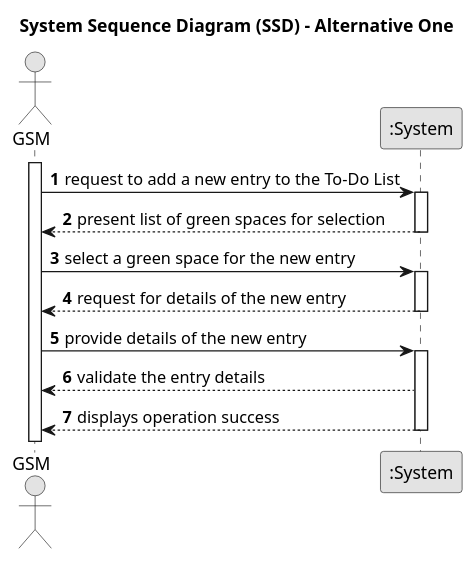
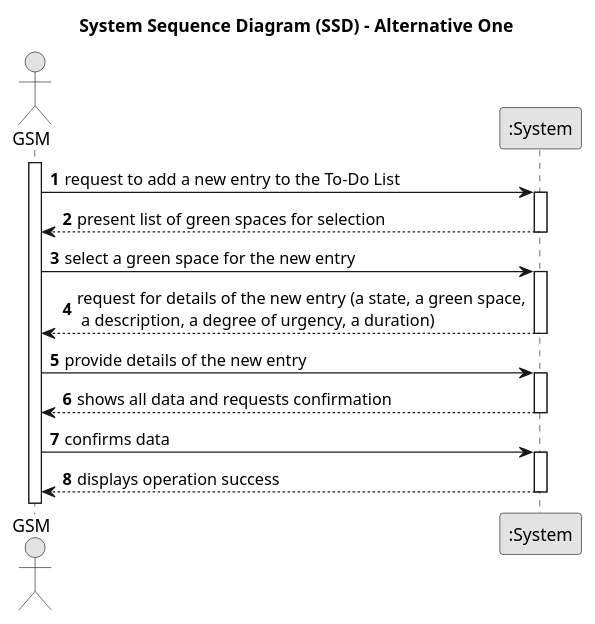
The diagram in docs/sprintC/us021/01.requirements-engineering/puml/us021-sequence_diagram.puml (rpedros02/lei-24-s2-1DL-g08), drawn with PlantUML before and after one commit. The commit also changed 2 other files, not shown here.

```diff
--- a/docs/sprintC/us021/01.requirements-engineering/puml/us021-sequence_diagram.puml
+++ b/docs/sprintC/us021/01.requirements-engineering/puml/us021-sequence_diagram.puml
@@ -1,35 +1,39 @@
 @startuml
 skinparam monochrome true
 skinparam packageStyle rectangle
 skinparam shadowing false
 
 title System Sequence Diagram (SSD) - Alternative One
 
 autonumber
 
 actor "GSM" as Employee
 participant ":System" as System
 
 activate Employee
 
     Employee -> System : request to add a new entry to the To-Do List
     activate System
 
         System --> Employee : present list of green spaces for selection
     deactivate System
 
     Employee -> System : select a green space for the new entry
     activate System
 
-        System --> Employee : request for details of the new entry
+        System --> Employee : request for details of the new entry (a state, a green space,\n a description, a degree of urgency, a duration)
     deactivate System
 
     Employee -> System : provide details of the new entry
     activate System
 
-        System --> Employee : validate the entry details
+        System --> Employee : shows all data and requests confirmation
+    deactivate System
+
+    Employee -> System : confirms data
+        activate System
 
         System --> Employee : displays operation success
     deactivate System
 
 @enduml
```
